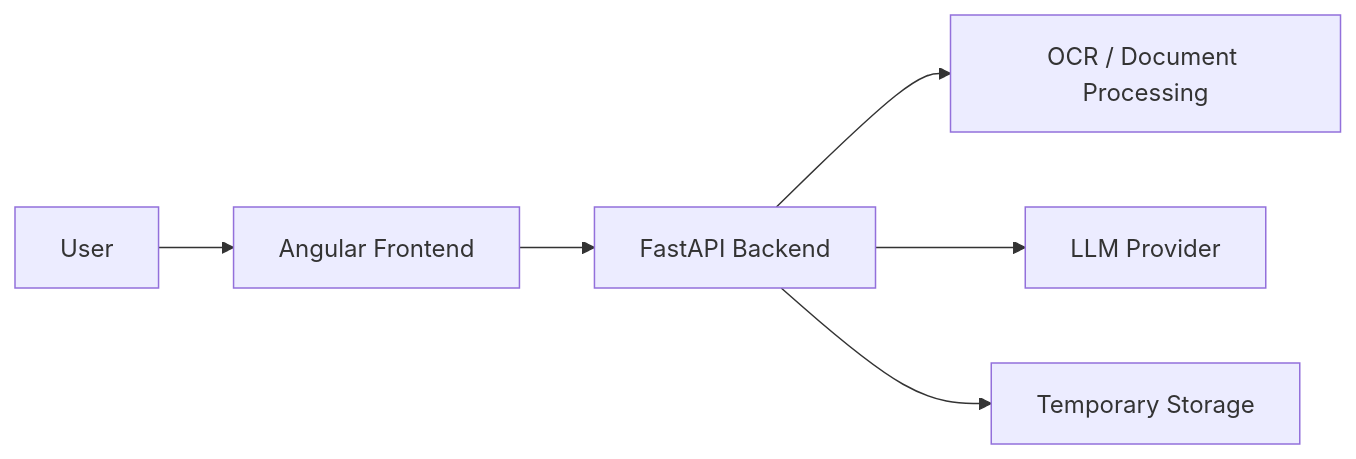
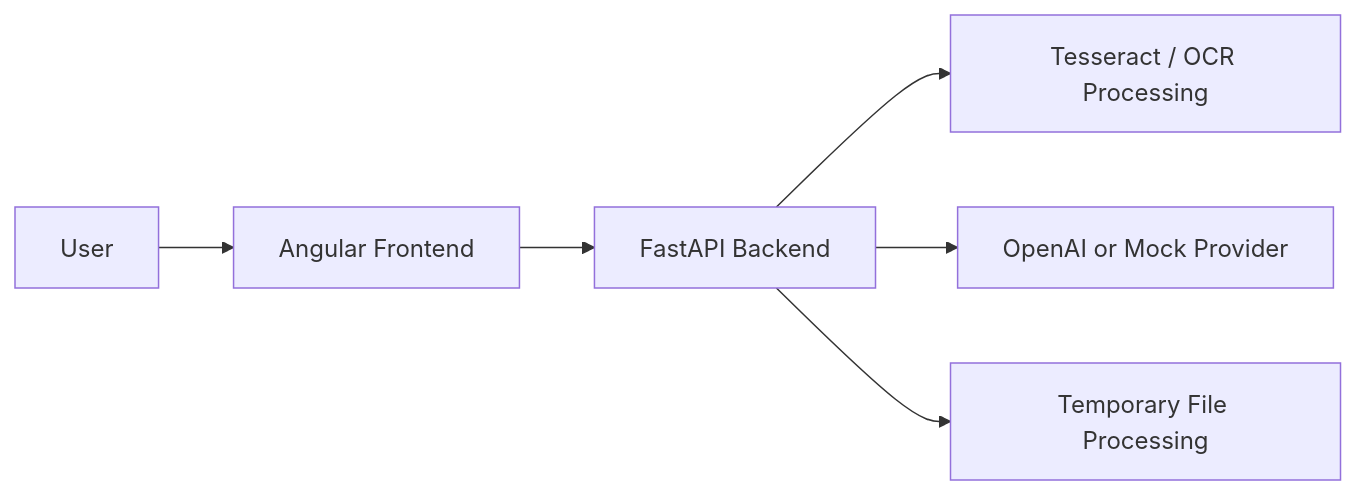
Before and after one commit to SAHILDAS/financial-document-analyzer: the sixth of 8 diagrams in ARCHITECTURE.md, drawn with Mermaid. The commit also changed other lines of this file and 5 other files, not shown here.

````diff
--- a/ARCHITECTURE.md
+++ b/ARCHITECTURE.md
@@ -1957,22 +2584,15 @@
 ```mermaid
 flowchart LR
-
     USER[User]
-
     FE[Angular Frontend]
-
     API[FastAPI Backend]
-
-    OCR[OCR / Document Processing]
-
-    LLM[LLM Provider]
-
-    TMP[Temporary Storage]
+    OCR[Tesseract / OCR Processing]
+    LLM[OpenAI or Mock Provider]
+    TEMP[Temporary File Processing]
 
     USER --> FE
     FE --> API
-
     API --> OCR
     API --> LLM
-    API --> TMP
+    API --> TEMP
 ```
````
